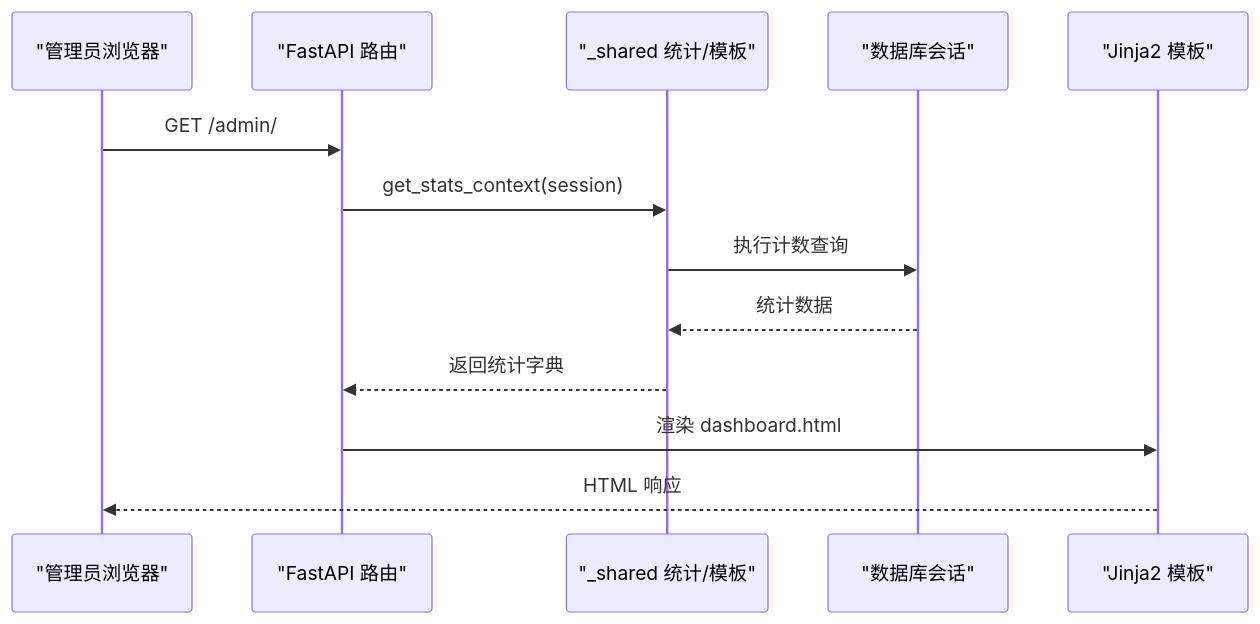
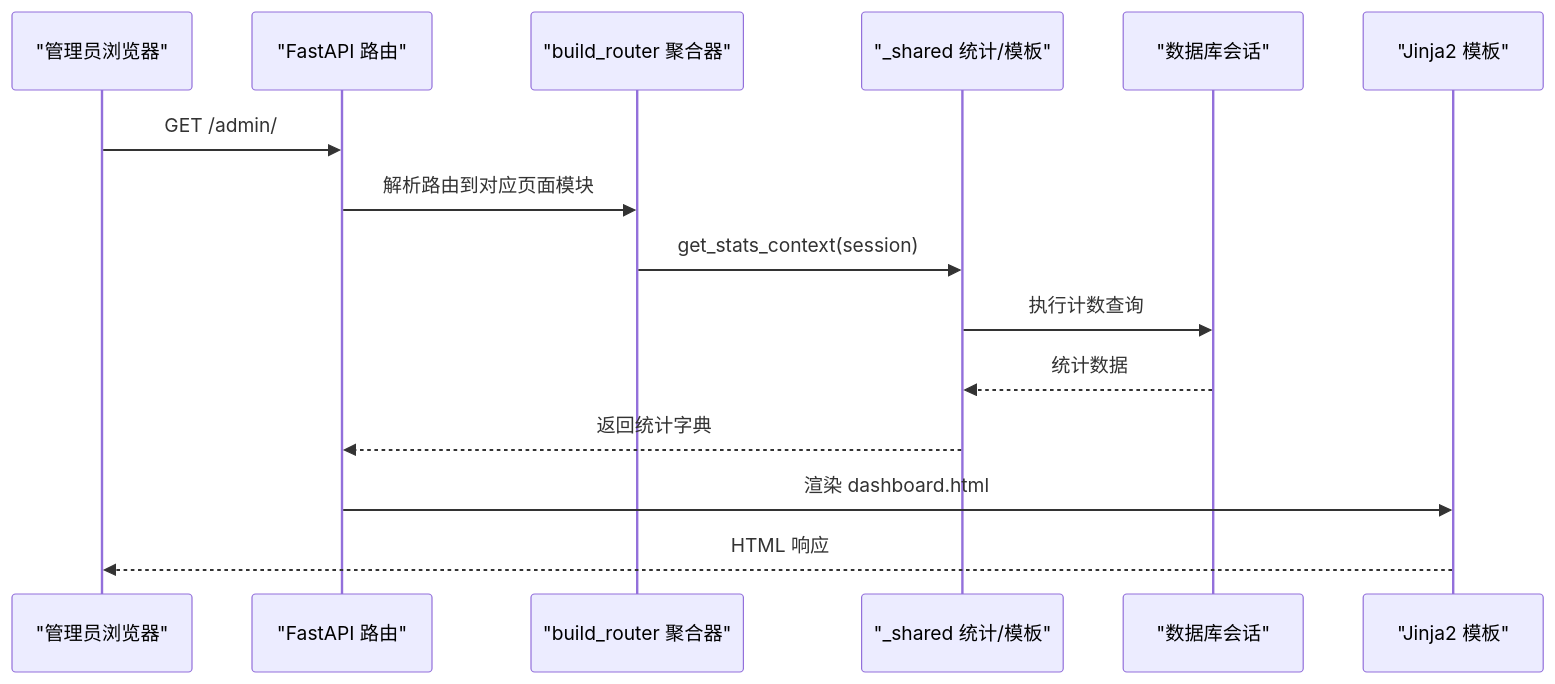
One commit to peace-lab-global/hush.ai changed the second of 11 diagrams in .qoder/repowiki/zh/content/前端界面/管理后台界面/管理后台界面.md. Above: the diagram before and after it, drawn with Mermaid. The commit also changed other lines of this file and 92 other files, not shown here.

````diff
--- a/.qoder/repowiki/zh/content/前端界面/管理后台界面/管理后台界面.md
+++ b/.qoder/repowiki/zh/content/前端界面/管理后台界面/管理后台界面.md
@@ -139,15 +176,17 @@
 ```mermaid
 sequenceDiagram
 participant U as "管理员浏览器"
 participant R as "FastAPI 路由"
+participant B as "build_router 聚合器"
 participant S as "_shared 统计/模板"
 participant DB as "数据库会话"
 participant T as "Jinja2 模板"
 U->>R : GET /admin/
-R->>S : get_stats_context(session)
+R->>B : 解析路由到对应页面模块
+B->>S : get_stats_context(session)
 S->>DB : 执行计数查询
 DB-->>S : 统计数据
 S-->>R : 返回统计字典
 R->>T : 渲染 dashboard.html
 T-->>U : HTML 响应
 ```
````
